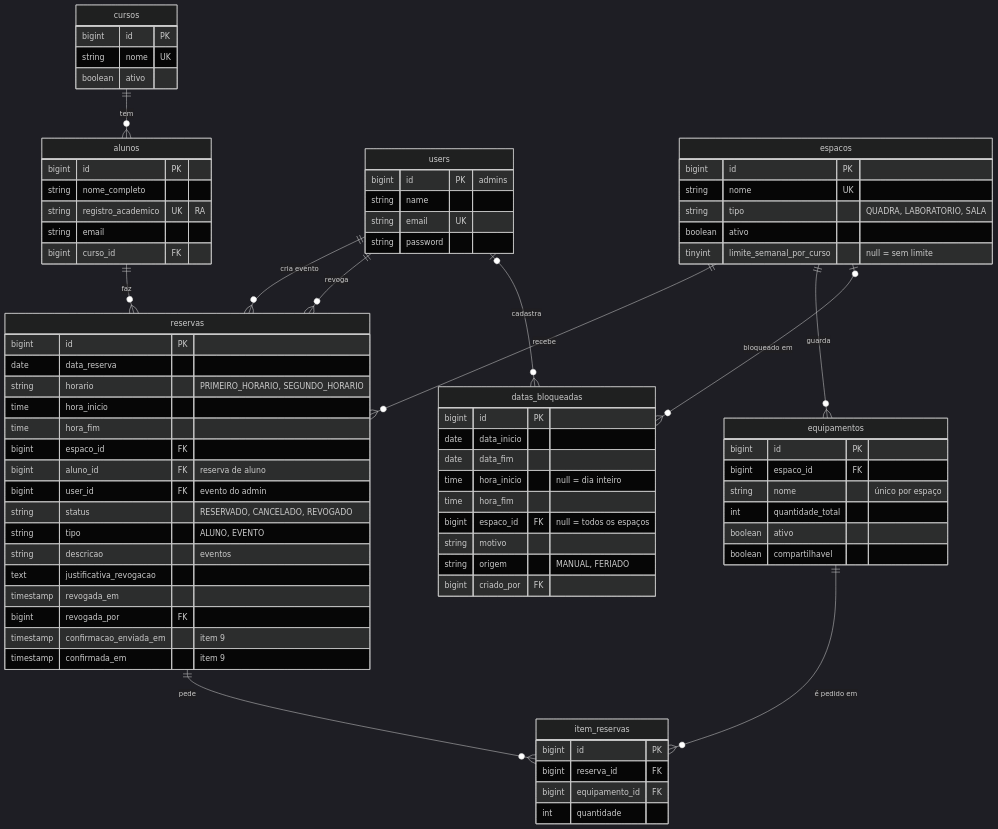
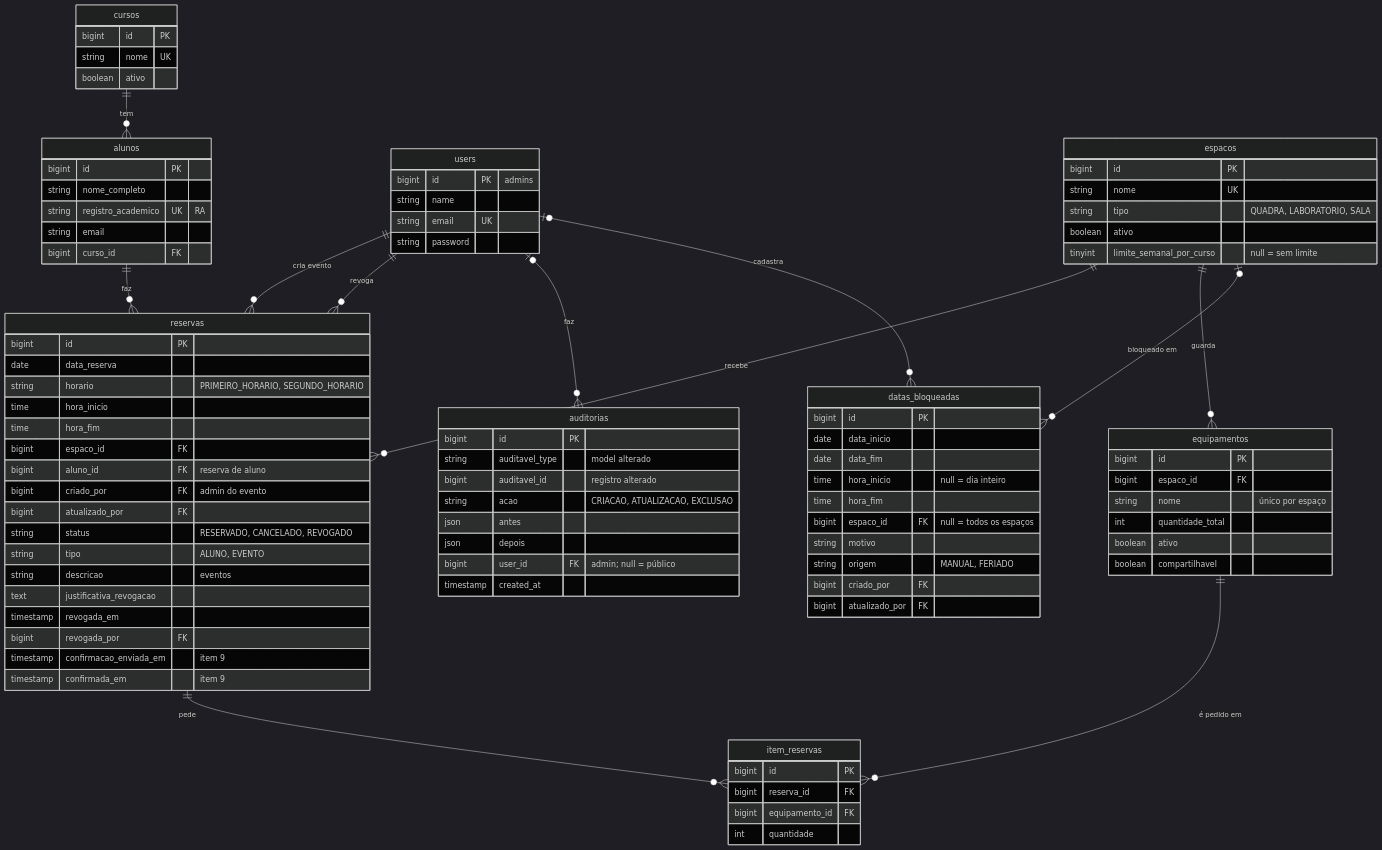
Before and after one commit to ericjunq/reserva-quadra: the diagram in DATABASE.md, drawn with Mermaid (dark theme). The commit also changed other lines of this file and 3 other files, not shown here.

````diff
--- a/DATABASE.md
+++ b/DATABASE.md
@@ -18,6 +18,7 @@
     users ||--o{ reservas : "revoga"
     espacos ||--o{ reservas : "recebe"
     espacos ||--o{ equipamentos : "guarda"
+    users |o--o{ auditorias : "faz"
     espacos |o--o{ datas_bloqueadas : "bloqueado em"
     users |o--o{ datas_bloqueadas : "cadastra"
     reservas ||--o{ item_reservas : "pede"
@@ -69,7 +70,8 @@
         time hora_fim
         bigint espaco_id FK
         bigint aluno_id FK "reserva de aluno"
-        bigint user_id FK "evento do admin"
+        bigint criado_por FK "admin do evento"
+        bigint atualizado_por FK
         string status "RESERVADO, CANCELADO, REVOGADO"
         string tipo "ALUNO, EVENTO"
         string descricao "eventos"
@@ -97,5 +99,17 @@
         string motivo
         string origem "MANUAL, FERIADO"
         bigint criado_por FK
+        bigint atualizado_por FK
+    }
+
+    auditorias {
+        bigint id PK
+        string auditavel_type "model alterado"
+        bigint auditavel_id "registro alterado"
+        string acao "CRIACAO, ATUALIZACAO, EXCLUSAO"
+        json antes
+        json depois
+        bigint user_id FK "admin; null = público"
+        timestamp created_at
     }
 ```
````
